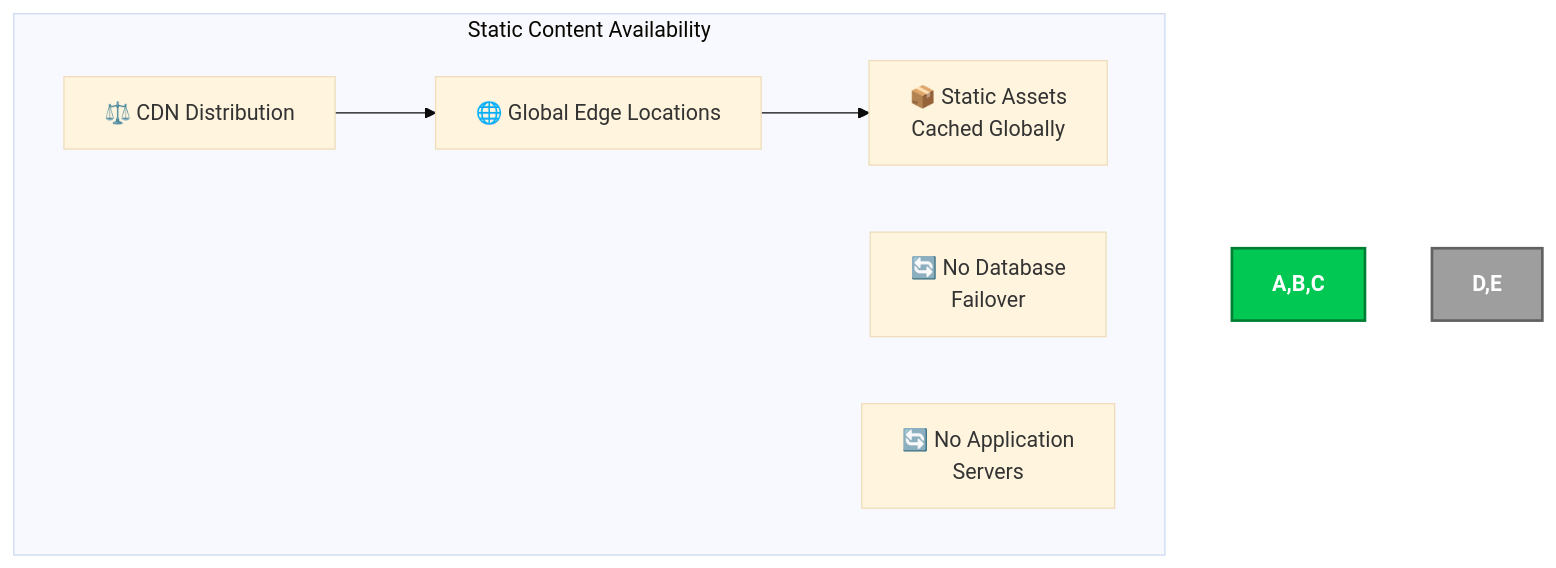
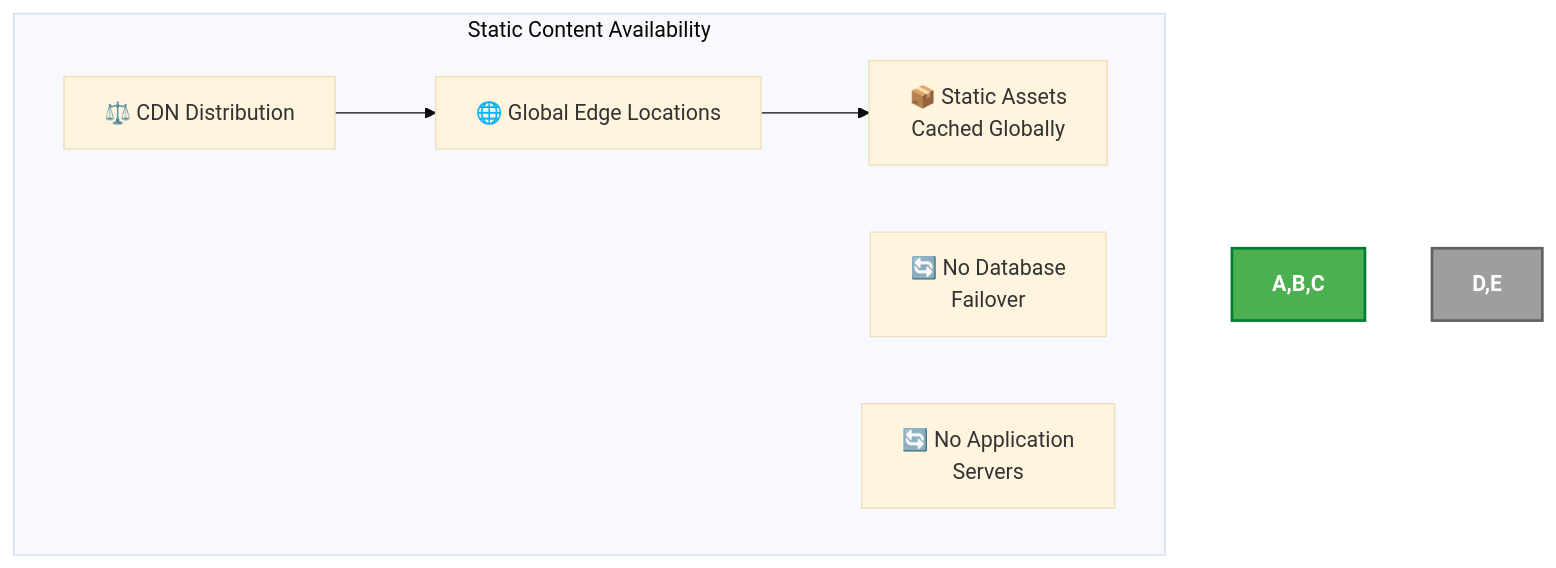
Before and after one commit to step-security-bot/cia-compliance-manager: the eighth of 32 diagrams in docs/architecture/SECURITY_ARCHITECTURE.md, drawn with Mermaid (base theme). The commit also changed other lines of this file and 27 other files, not shown here.

First line of the commit message:
fix: resolve broken mermaid diagrams and improve color coding to match ISMS style guide (#1106)

````diff
--- a/docs/architecture/SECURITY_ARCHITECTURE.md
+++ b/docs/architecture/SECURITY_ARCHITECTURE.md
@@ -556,13 +556,13 @@
 ```mermaid
 graph TD
     subgraph "Static Content Availability"
         A[⚖️ CDN Distribution] --> B[🌐 Global Edge Locations]
         B --> C[📦 Static Assets<br/>Cached Globally]
 
         D[🔄 No Database<br/>Failover]
         E[🔄 No Application<br/>Servers]
     end
 
-    style A,B,C fill:#00C853,stroke:#007E33,stroke-width:2px,color:white,font-weight:bold
+    style A,B,C fill:#4CAF50,stroke:#007E33,stroke-width:2px,color:white,font-weight:bold
     style D,E fill:#9E9E9E,stroke:#616161,stroke-width:2px,color:white,font-weight:bold
 ```
````
